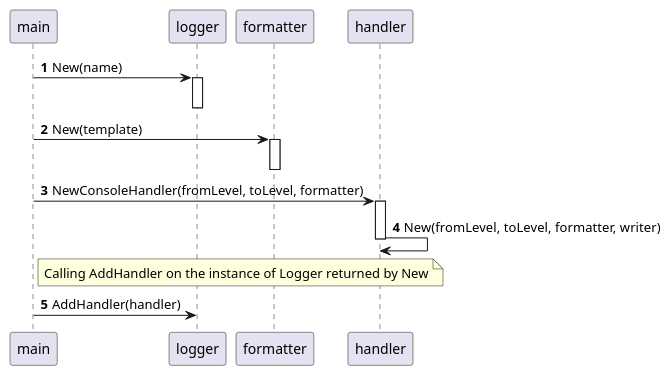
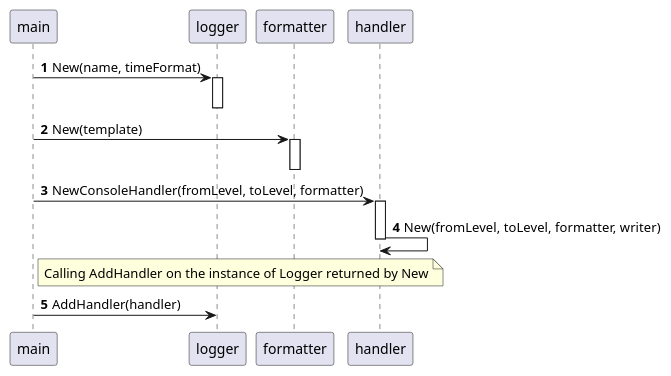
The diagram in docs/architecture/diagrams/plantuml/create_new_logger.plantuml (dl1998/go-logging), drawn with PlantUML before and after one commit. The commit also changed 2 other files, not shown here.

Commit message:
Add timeFormat variable to sequence diagram

```diff
--- a/docs/architecture/diagrams/plantuml/create_new_logger.plantuml
+++ b/docs/architecture/diagrams/plantuml/create_new_logger.plantuml
@@ -1,26 +1,26 @@
 @startuml
 'https://plantuml.com/sequence-diagram
 
 autonumber
 
 participant main
 participant logger
 participant formatter
 participant handler
 
-main -> logger: New(name)
+main -> logger: New(name, timeFormat)
 activate logger
 deactivate logger
 
 main -> formatter: New(template)
 activate formatter
 deactivate formatter
 
 main -> handler: NewConsoleHandler(fromLevel, toLevel, formatter)
 activate handler
 handler -> handler: New(fromLevel, toLevel, formatter, writer)
 deactivate handler
 
 note right of main: Calling AddHandler on the instance of Logger returned by New
 main -> logger: AddHandler(handler)
 @enduml
```
